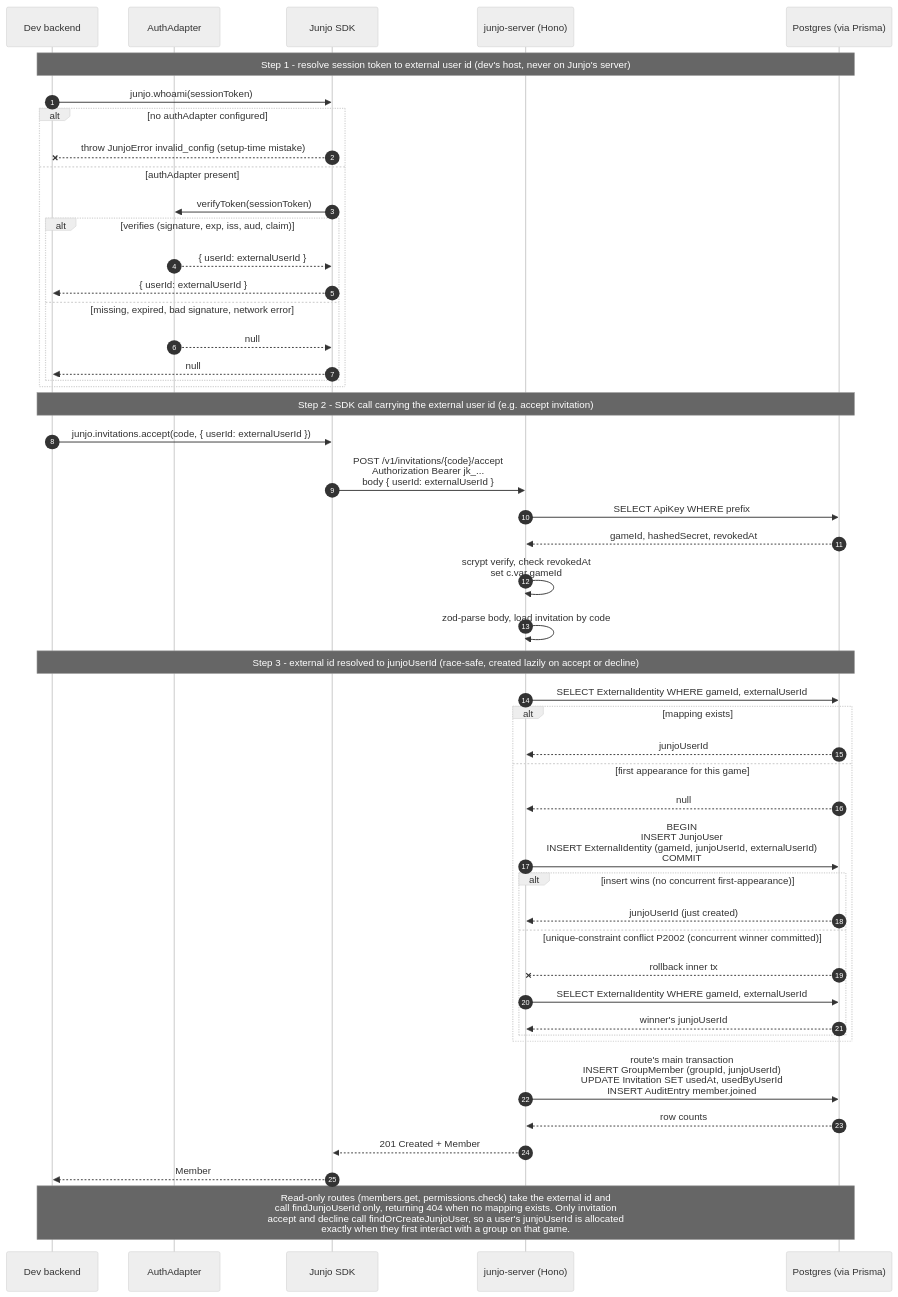
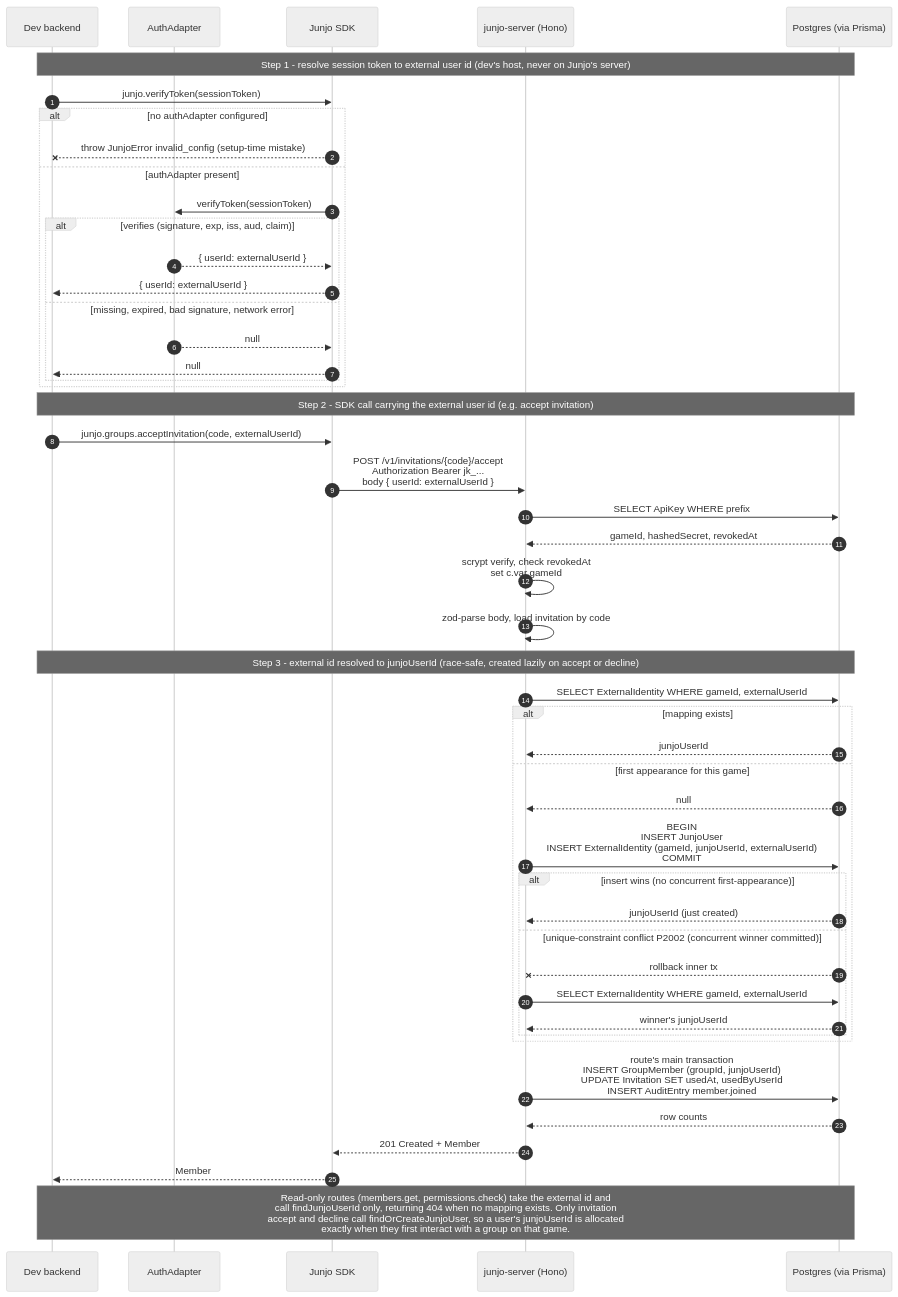
One commit to GabeCurran/junjo changed the diagram in tools/diagrams/source/auth-flow.mmd. Above: the diagram before and after it, drawn with Mermaid. The commit also changed 82 other files, not shown here.

First line of the commit message:
docs: documentation site, diagrams, feature matrix, and program report

```diff
--- a/tools/diagrams/source/auth-flow.mmd
+++ b/tools/diagrams/source/auth-flow.mmd
@@ -1,54 +1,54 @@
 %%{init: {'theme': 'neutral'}}%%
 sequenceDiagram
   autonumber
   participant App as Dev backend
   participant Adapter as AuthAdapter
   participant SDK as Junjo SDK
   participant Server as junjo-server (Hono)
   participant DB as Postgres (via Prisma)
 
   Note over App,DB: Step 1 - resolve session token to external user id (dev's host, never on Junjo's server)
-  App->>SDK: junjo.whoami(sessionToken)
+  App->>SDK: junjo.verifyToken(sessionToken)
   alt no authAdapter configured
     SDK--xApp: throw JunjoError invalid_config (setup-time mistake)
   else authAdapter present
     SDK->>Adapter: verifyToken(sessionToken)
     alt verifies (signature, exp, iss, aud, claim)
       Adapter-->>SDK: { userId: externalUserId }
       SDK-->>App: { userId: externalUserId }
     else missing, expired, bad signature, network error
       Adapter-->>SDK: null
       SDK-->>App: null
     end
   end
 
   Note over App,DB: Step 2 - SDK call carrying the external user id (e.g. accept invitation)
-  App->>SDK: junjo.invitations.accept(code, { userId: externalUserId })
+  App->>SDK: junjo.groups.acceptInvitation(code, externalUserId)
   SDK->>Server: POST /v1/invitations/{code}/accept<br/>Authorization Bearer jk_...<br/>body { userId: externalUserId }
   Server->>DB: SELECT ApiKey WHERE prefix
   DB-->>Server: gameId, hashedSecret, revokedAt
   Server->>Server: scrypt verify, check revokedAt<br/>set c.var.gameId
   Server->>Server: zod-parse body, load invitation by code
 
   Note over App,DB: Step 3 - external id resolved to junjoUserId (race-safe, created lazily on accept or decline)
   Server->>DB: SELECT ExternalIdentity WHERE gameId, externalUserId
   alt mapping exists
     DB-->>Server: junjoUserId
   else first appearance for this game
     DB-->>Server: null
     Server->>DB: BEGIN<br/>INSERT JunjoUser<br/>INSERT ExternalIdentity (gameId, junjoUserId, externalUserId)<br/>COMMIT
     alt insert wins (no concurrent first-appearance)
       DB-->>Server: junjoUserId (just created)
     else unique-constraint conflict P2002 (concurrent winner committed)
       DB--xServer: rollback inner tx
       Server->>DB: SELECT ExternalIdentity WHERE gameId, externalUserId
       DB-->>Server: winner's junjoUserId
     end
   end
 
   Server->>DB: route's main transaction<br/>INSERT GroupMember (groupId, junjoUserId)<br/>UPDATE Invitation SET usedAt, usedByUserId<br/>INSERT AuditEntry member.joined
   DB-->>Server: row counts
   Server-->>SDK: 201 Created + Member
   SDK-->>App: Member
 
   Note over App,DB: Read-only routes (members.get, permissions.check) take the external id and<br/>call findJunjoUserId only, returning 404 when no mapping exists. Only invitation<br/>accept and decline call findOrCreateJunjoUser, so a user's junjoUserId is allocated<br/>exactly when they first interact with a group on that game.
```
